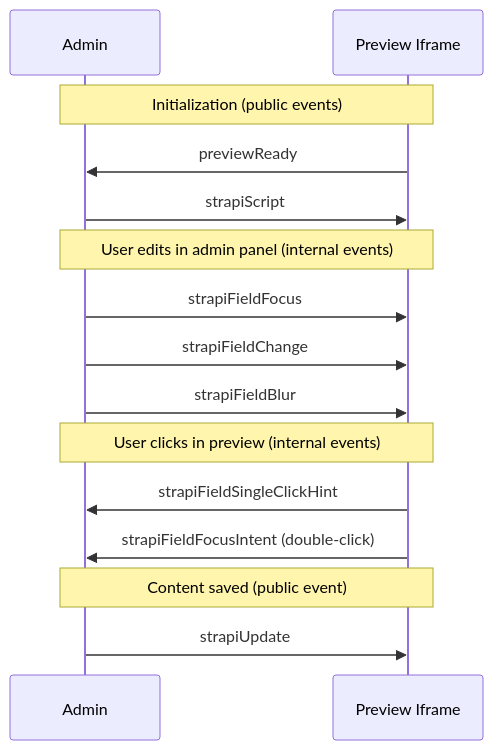
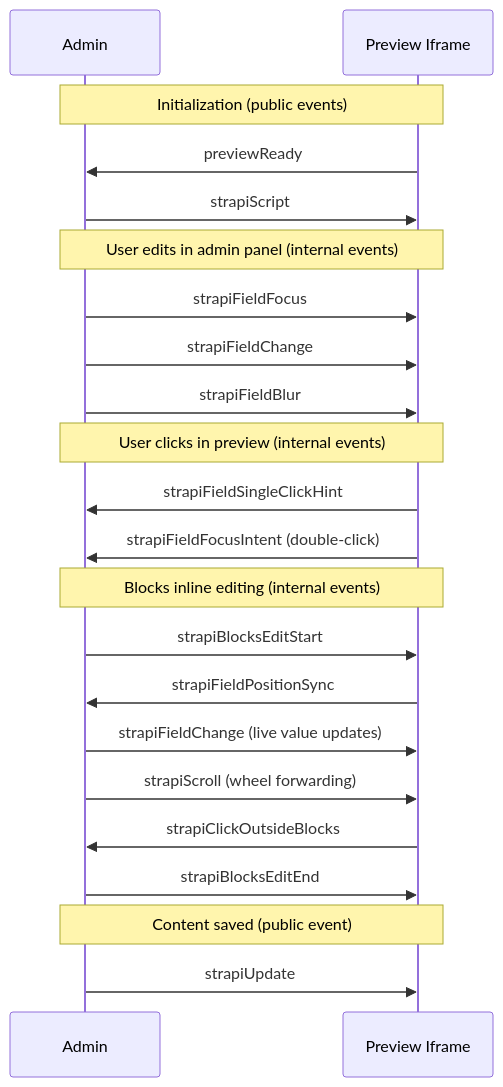
Before and after one commit to strapi/strapi: the diagram in docs/docs/docs/01-core/content-manager/06-preview.md, drawn with Mermaid. The commit also changed other lines of this file, not shown here.

Commit message:
chore(docs): update preview docs with changes and blocks support

````diff
--- a/docs/docs/docs/01-core/content-manager/06-preview.md
+++ b/docs/docs/docs/01-core/content-manager/06-preview.md
@@ -66,21 +67,29 @@
 ```mermaid
 sequenceDiagram
     participant Admin
     participant Iframe as Preview Iframe
 
     Note over Admin,Iframe: Initialization (public events)
     Iframe->>Admin: previewReady
     Admin->>Iframe: strapiScript
 
     Note over Admin,Iframe: User edits in admin panel (internal events)
     Admin->>Iframe: strapiFieldFocus
     Admin->>Iframe: strapiFieldChange
     Admin->>Iframe: strapiFieldBlur
 
     Note over Admin,Iframe: User clicks in preview (internal events)
     Iframe->>Admin: strapiFieldSingleClickHint
     Iframe->>Admin: strapiFieldFocusIntent (double-click)
 
+    Note over Admin,Iframe: Blocks inline editing (internal events)
+    Admin->>Iframe: strapiBlocksEditStart
+    Iframe->>Admin: strapiFieldPositionSync
+    Admin->>Iframe: strapiFieldChange (live value updates)
+    Admin->>Iframe: strapiScroll (wheel forwarding)
+    Iframe->>Admin: strapiClickOutsideBlocks
+    Admin->>Iframe: strapiBlocksEditEnd
+
     Note over Admin,Iframe: Content saved (public event)
     Admin->>Iframe: strapiUpdate
 ```
````
